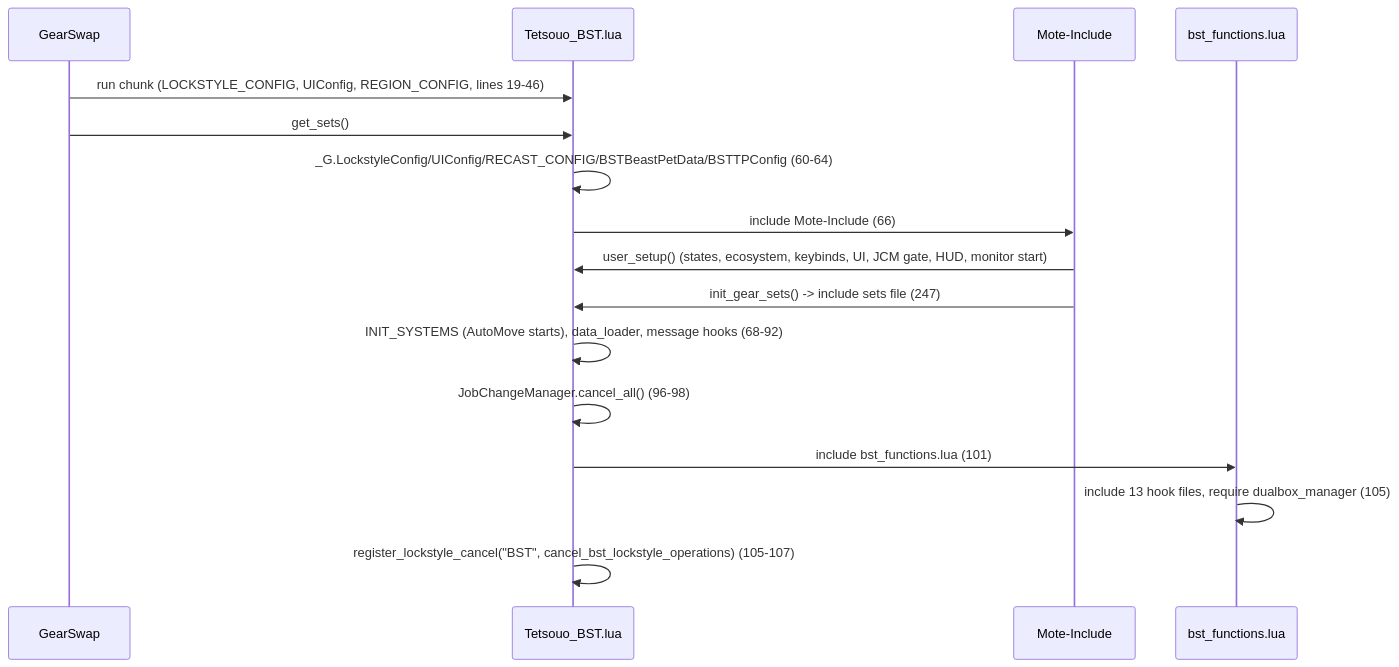
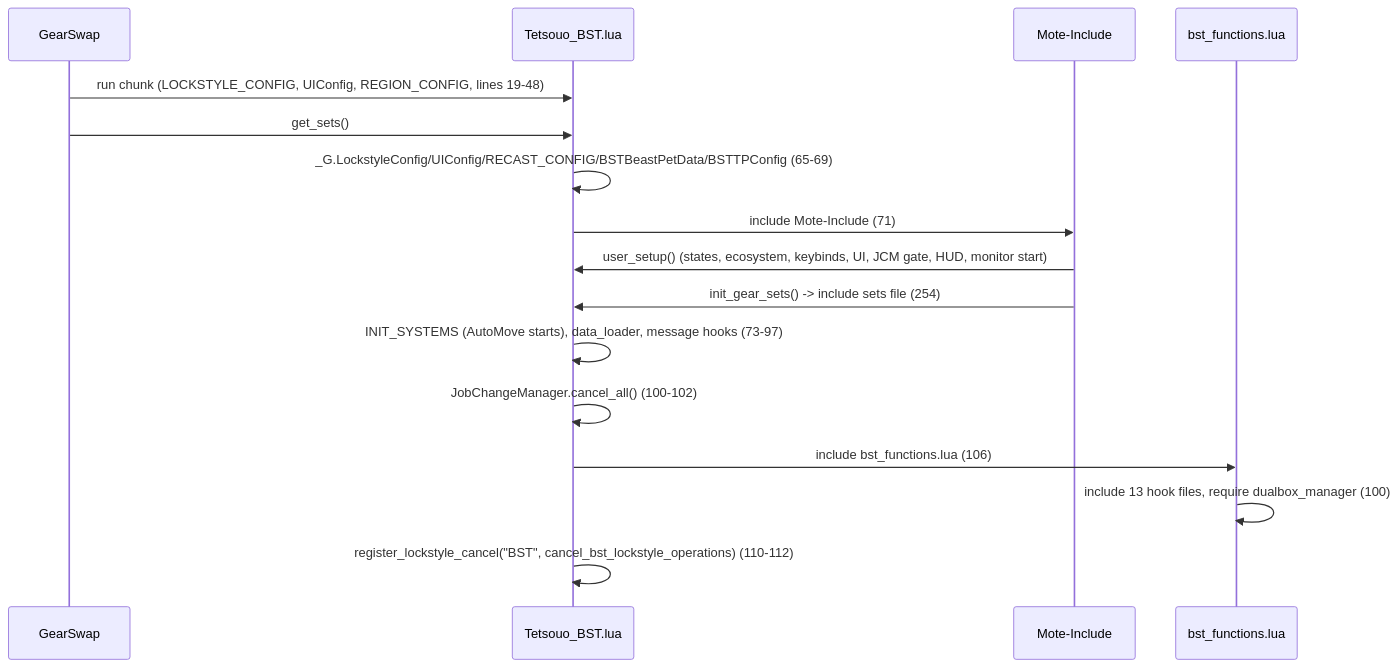
Before and after one commit to ejouanchicot/Gearswap: the first of 4 diagrams in docs/dev/jobs/bst.md, drawn with Mermaid. The commit also changed other lines of this file and 81 other files, not shown here.

````diff
--- a/docs/dev/jobs/bst.md
+++ b/docs/dev/jobs/bst.md
@@ -97,18 +103,18 @@
 ```mermaid
 sequenceDiagram
     participant GS as GearSwap
     participant E as Tetsouo_BST.lua
     participant M as Mote-Include
     participant F as bst_functions.lua
-    GS->>E: run chunk (LOCKSTYLE_CONFIG, UIConfig, REGION_CONFIG, lines 19-46)
+    GS->>E: run chunk (LOCKSTYLE_CONFIG, UIConfig, REGION_CONFIG, lines 19-48)
     GS->>E: get_sets()
-    E->>E: _G.LockstyleConfig/UIConfig/RECAST_CONFIG/BSTBeastPetData/BSTTPConfig (60-64)
-    E->>M: include Mote-Include (66)
+    E->>E: _G.LockstyleConfig/UIConfig/RECAST_CONFIG/BSTBeastPetData/BSTTPConfig (65-69)
+    E->>M: include Mote-Include (71)
     M->>E: user_setup() (states, ecosystem, keybinds, UI, JCM gate, HUD, monitor start)
-    M->>E: init_gear_sets() -> include sets file (247)
-    E->>E: INIT_SYSTEMS (AutoMove starts), data_loader, message hooks (68-92)
-    E->>E: JobChangeManager.cancel_all() (96-98)
-    E->>F: include bst_functions.lua (101)
-    F->>F: include 13 hook files, require dualbox_manager (105)
-    E->>E: register_lockstyle_cancel("BST", cancel_bst_lockstyle_operations) (105-107)
+    M->>E: init_gear_sets() -> include sets file (254)
+    E->>E: INIT_SYSTEMS (AutoMove starts), data_loader, message hooks (73-97)
+    E->>E: JobChangeManager.cancel_all() (100-102)
+    E->>F: include bst_functions.lua (106)
+    F->>F: include 13 hook files, require dualbox_manager (100)
+    E->>E: register_lockstyle_cancel("BST", cancel_bst_lockstyle_operations) (110-112)
 ```
````
